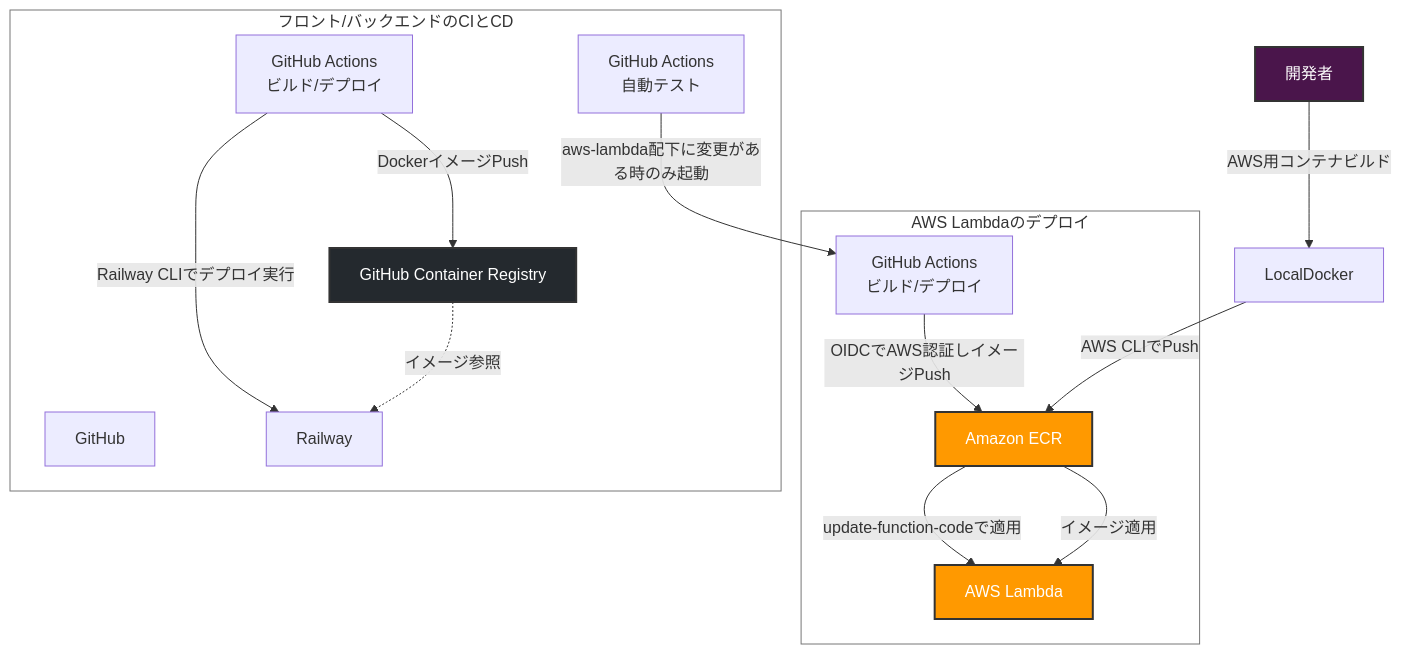
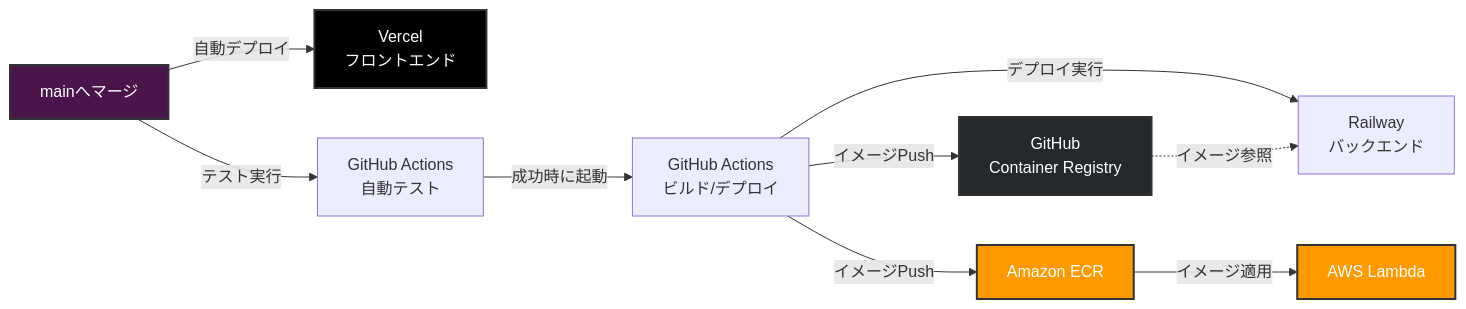
The first of 2 diagrams in README.md (masa2401/FullStack-CreateSkillSheet), drawn with Mermaid before and after one commit. The commit also changed other lines of this file and 3 other files, not shown here.

````diff
--- a/README.md
+++ b/README.md
@@ -59,38 +61,30 @@
 ```mermaid
-%%{init: {"themeVariables": {"clusterBkg": "transparent", "clusterBorder": "#777"}}}%%
-graph TD
-    Developer[開発者]
+graph LR
+    Merge[mainへマージ]
+    Vercel[Vercel<br>フロントエンド]
+    Test[GitHub Actions<br>自動テスト]
+    Deploy[GitHub Actions<br>ビルド/デプロイ]
+    GHCR[GitHub<br>Container Registry]
+    Railway[Railway<br>バックエンド]
+    ECR[Amazon ECR]
+    Lambda[AWS Lambda]
 
-    subgraph LambdaDeploy [AWS Lambdaのデプロイ]
-        GHALambda[GitHub Actions<br>ビルド/デプロイ]
-        ECR[Amazon ECR]
-        Lambda[AWS Lambda]
-    end
+    Merge -->|自動デプロイ| Vercel
 
-    subgraph AppDeploy [フロント/バックエンドのCIとCD]
-        GitHub[GitHub]
-        GHATest[GitHub Actions<br>自動テスト]
-        GHADeploy[GitHub Actions<br>ビルド/デプロイ]
-        GHCR[GitHub Container Registry]
-        Railway[Railway]
-    end
+    Merge -->|テスト実行| Test
+    Test -->|成功時に起動| Deploy
 
-    %% アプリ本体のデプロイフロー
-    GHATest -->|aws-lambda配下に変更がある時のみ起動| GHALambda
-    GHALambda -->|OIDCでAWS認証しイメージPush| ECR
-    ECR -->|update-function-codeで適用| Lambda
-    GHADeploy -->|DockerイメージPush| GHCR
-    GHADeploy -->|Railway CLIでデプロイ実行| Railway
+    Deploy -->|イメージPush| GHCR
+    Deploy -->|デプロイ実行| Railway
     GHCR -.->|イメージ参照| Railway
 
-    %% AWS Lambdaのデプロイフロー
-    Developer -->|AWS用コンテナビルド| LocalDocker
-    LocalDocker -->|AWS CLIでPush| ECR
+    Deploy -->|イメージPush| ECR
     ECR -->|イメージ適用| Lambda
 
     %% スタイルの設定
-    style Developer fill:#4A154B,stroke:#333,stroke-width:2px,color:#fff
+    style Merge fill:#4A154B,stroke:#333,stroke-width:2px,color:#fff
+    style Vercel fill:#000000,stroke:#333,stroke-width:2px,color:#fff
+    style GHCR fill:#24292e,stroke:#333,stroke-width:2px,color:#fff
+    style ECR fill:#FF9900,stroke:#333,stroke-width:2px,color:#fff
     style Lambda fill:#FF9900,stroke:#333,stroke-width:2px,color:#fff
-    style ECR fill:#FF9900,stroke:#333,stroke-width:2px,color:#fff
-    style GHCR fill:#24292e,stroke:#333,stroke-width:2px,color:#fff
 ```
````
